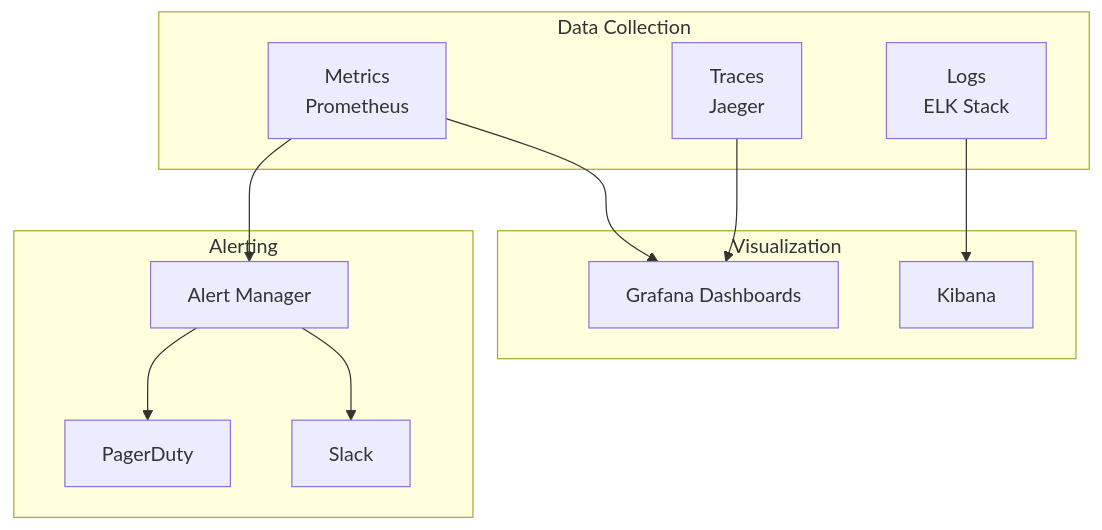
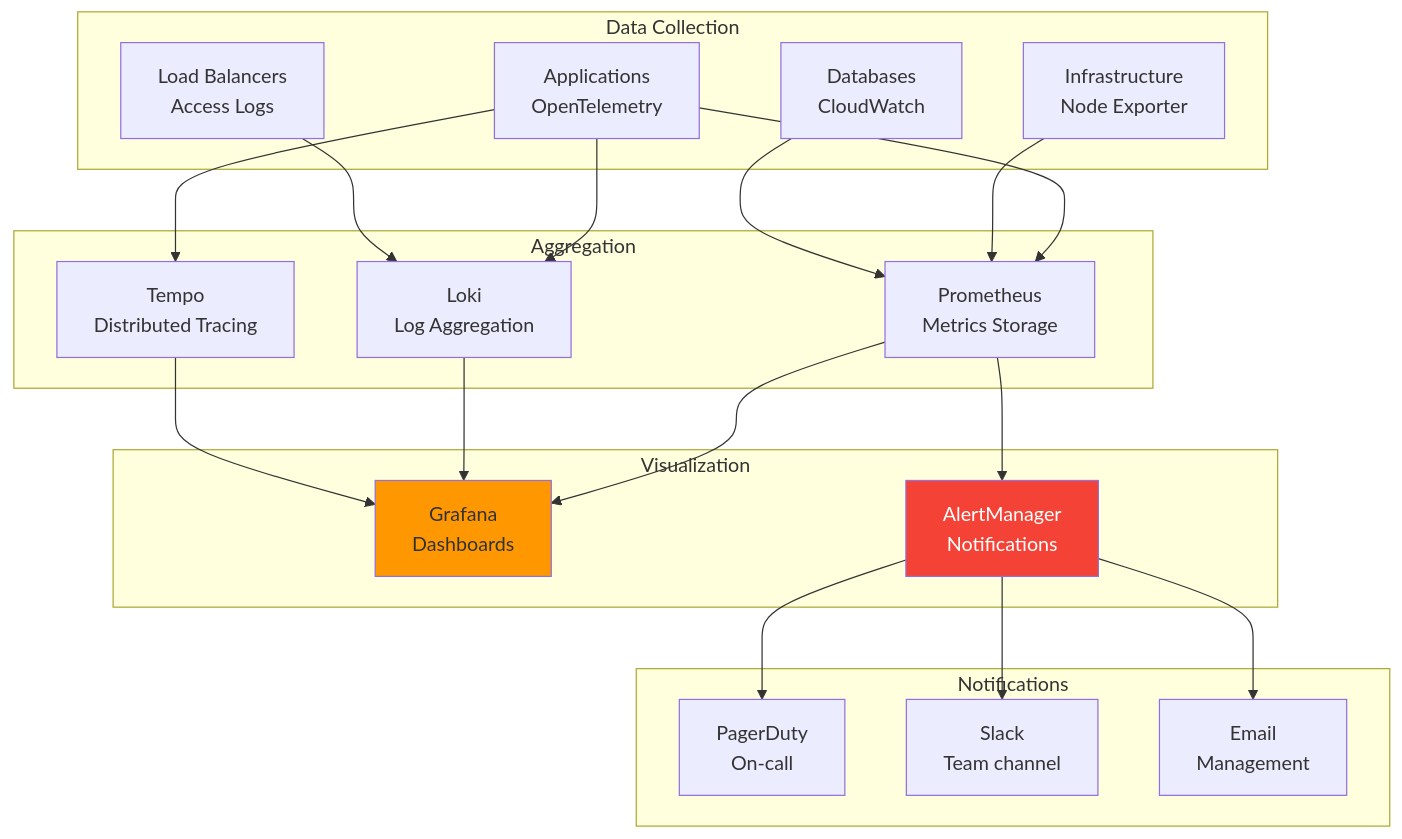
The seventh of 18 diagrams in 10-Van-hanh-va-NFR.md (huuhoait/openbanking-vn-specs), drawn with Mermaid before and after one commit. The commit also changed other lines of this file and 14 other files, not shown here.

````diff
--- a/10-Van-hanh-va-NFR.md
+++ b/10-Van-hanh-va-NFR.md
@@ -263,27 +241,45 @@
 ```mermaid
 graph TB
     subgraph "Data Collection"
-        Metrics[Metrics<br/>Prometheus]
-        Logs[Logs<br/>ELK Stack]
-        Traces[Traces<br/>Jaeger]
+        App[Applications<br/>OpenTelemetry]
+        Infra[Infrastructure<br/>Node Exporter]
+        DB[Databases<br/>CloudWatch]
+        LB[Load Balancers<br/>Access Logs]
+    end
+    
+    subgraph "Aggregation"
+        Prometheus[Prometheus<br/>Metrics Storage]
+        Loki[Loki<br/>Log Aggregation]
+        Tempo[Tempo<br/>Distributed Tracing]
     end
     
     subgraph "Visualization"
-        Grafana[Grafana Dashboards]
-        Kibana[Kibana]
+        Grafana[Grafana<br/>Dashboards]
+        Alert[AlertManager<br/>Notifications]
     end
     
-    subgraph "Alerting"
-        AlertManager[Alert Manager]
-        PagerDuty[PagerDuty]
-        Slack[Slack]
+    subgraph "Notifications"
+        PagerDuty[PagerDuty<br/>On-call]
+        Slack[Slack<br/>Team channel]
+        Email[Email<br/>Management]
     end
     
-    Metrics --> Grafana
-    Logs --> Kibana
-    Traces --> Grafana
+    App --> Prometheus
+    App --> Loki
+    App --> Tempo
+    Infra --> Prometheus
+    DB --> Prometheus
+    LB --> Loki
     
-    Metrics --> AlertManager
-    AlertManager --> PagerDuty
-    AlertManager --> Slack
+    Prometheus --> Grafana
+    Loki --> Grafana
+    Tempo --> Grafana
+    
+    Prometheus --> Alert
+    Alert --> PagerDuty
+    Alert --> Slack
+    Alert --> Email
+    
+    style Alert fill:#f44336,color:#fff
+    style Grafana fill:#ff9800
 ```
````
